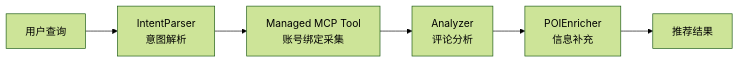
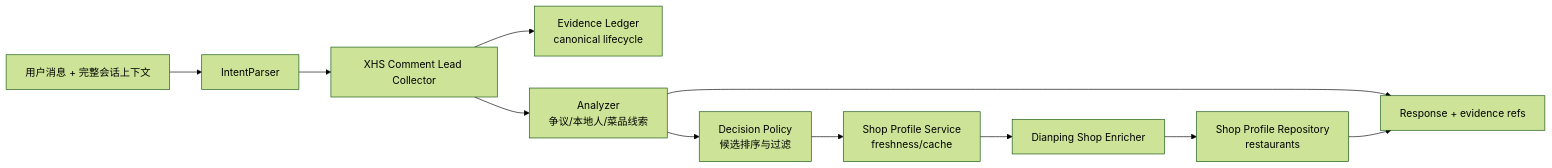
The diagram in README.md (MARYCOMPLEX/food_agent), drawn with Mermaid (forest theme) before and after one commit. The commit also changed other lines of this file and 129 other files, not shown here.

````diff
--- a/README.md
+++ b/README.md
@@ -174,8 +175,13 @@
 ```mermaid
 flowchart LR
-    A[用户查询] --> B[IntentParser<br/>意图解析]
-    B --> C[Managed MCP Tool<br/>账号绑定采集]
-    C --> D[Analyzer<br/>评论分析]
-    D --> E[POIEnricher<br/>信息补充]
-    E --> F[推荐结果]
+    A[用户消息 + 完整会话上下文] --> B[IntentParser]
+    B --> C[XHS Comment Lead Collector]
+    C --> D[Evidence Ledger<br/>canonical lifecycle]
+    C --> E[Analyzer<br/>争议/本地人/菜品线索]
+    E --> F[Decision Policy<br/>候选排序与过滤]
+    F --> G[Shop Profile Service<br/>freshness/cache]
+    G --> H[Dianping Shop Enricher]
+    H --> I[Shop Profile Repository<br/>restaurants]
+    E --> J[Response + evidence refs]
+    I --> J
 ```
````
